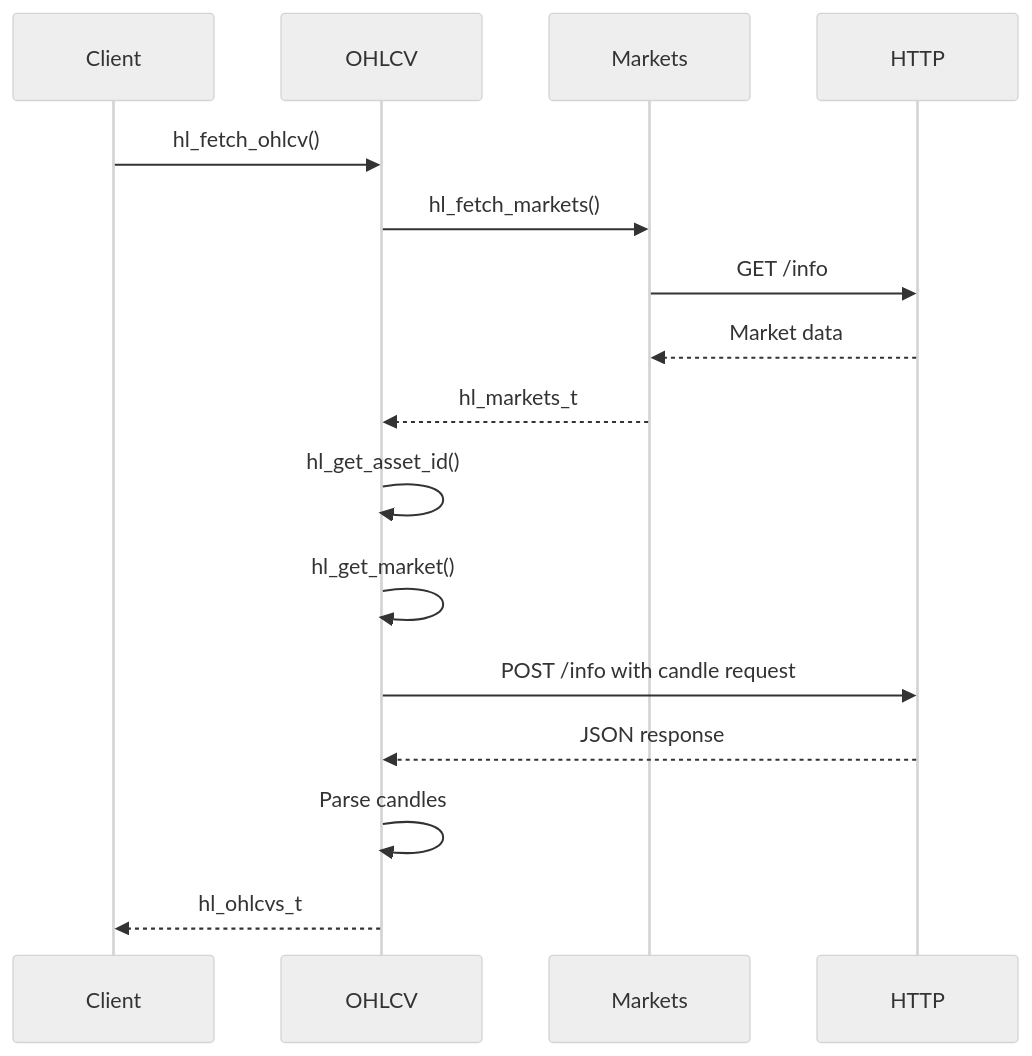
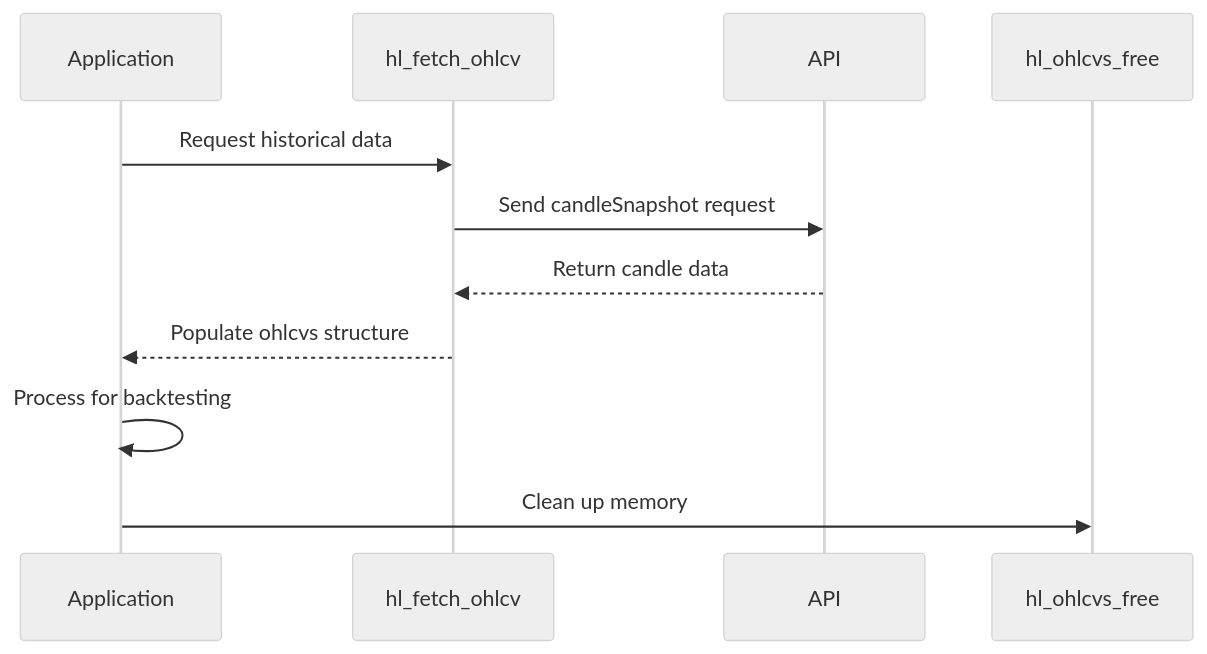
The second of 2 diagrams in .qoder/repowiki/en/content/Market Data/OHLCV Candles.md (suenot/hyperliquid-c), drawn with Mermaid (neutral theme) before and after one commit. The commit also changed other lines of this file and 112 other files, not shown here.

````diff
--- a/.qoder/repowiki/en/content/Market Data/OHLCV Candles.md
+++ b/.qoder/repowiki/en/content/Market Data/OHLCV Candles.md
@@ -108,18 +144,13 @@
 ```mermaid
 sequenceDiagram
-participant Client
-participant OHLCV
-participant Markets
-participant HTTP
-Client->>OHLCV : hl_fetch_ohlcv()
-OHLCV->>Markets : hl_fetch_markets()
-Markets->>HTTP : GET /info
-HTTP-->>Markets : Market data
-Markets-->>OHLCV : hl_markets_t
-OHLCV->>OHLCV : hl_get_asset_id()
-OHLCV->>OHLCV : hl_get_market()
-OHLCV->>HTTP : POST /info with candle request
-HTTP-->>OHLCV : JSON response
-OHLCV->>OHLCV : Parse candles
-OHLCV-->>Client : hl_ohlcvs_t
+participant Application
+participant hl_fetch_ohlcv
+participant API
+participant hl_ohlcvs_free
+Application->>hl_fetch_ohlcv : Request historical data
+hl_fetch_ohlcv->>API : Send candleSnapshot request
+API-->>hl_fetch_ohlcv : Return candle data
+hl_fetch_ohlcv-->>Application : Populate ohlcvs structure
+Application->>Application : Process for backtesting
+Application->>hl_ohlcvs_free : Clean up memory
 ```
````
